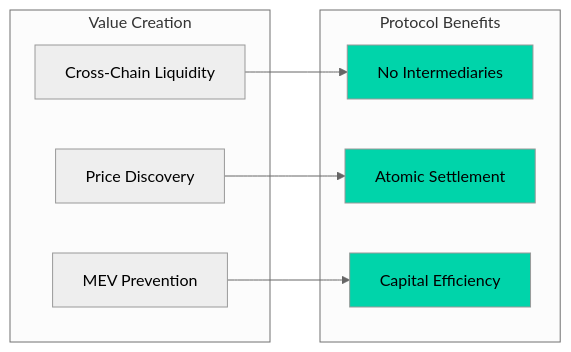
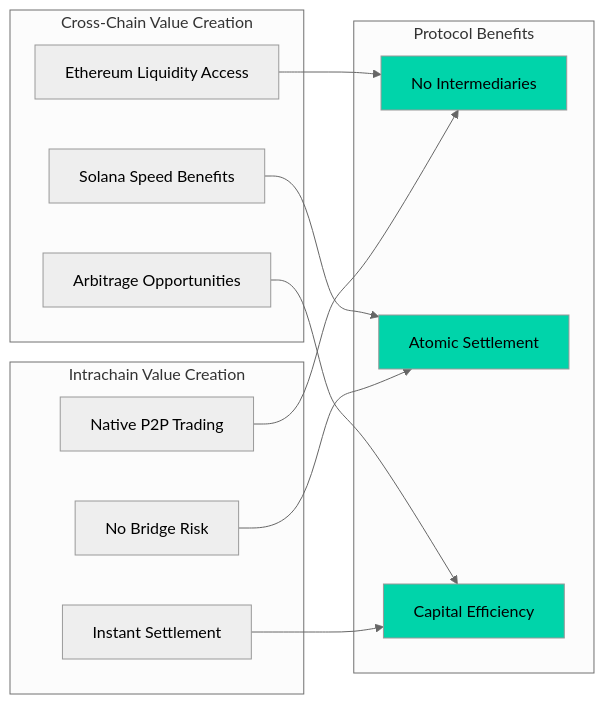
The seventh of 7 diagrams in ChaiDEX_PROTOCOL_DOCUMENTATION.md (Rahul-Prasad-07/cross-chain-p2p-exchange), drawn with Mermaid (neutral theme) before and after one commit. The commit also changed other lines of this file and 6 other files, not shown here.

````diff
--- a/ChaiDEX_PROTOCOL_DOCUMENTATION.md
+++ b/ChaiDEX_PROTOCOL_DOCUMENTATION.md
@@ -246,22 +396,31 @@
 ```mermaid
 graph LR
-    subgraph "Value Creation"
-        A[Cross-Chain Liquidity]
-        B[Price Discovery]
-        C[MEV Prevention]
+    subgraph "Cross-Chain Value Creation"
+        A[Ethereum Liquidity Access]
+        B[Solana Speed Benefits]
+        C[Arbitrage Opportunities]
+    end
+    
+    subgraph "Intrachain Value Creation"
+        D[Native P2P Trading]
+        E[No Bridge Risk]
+        F[Instant Settlement]
     end
     
     subgraph "Protocol Benefits"
-        D[No Intermediaries]
-        E[Atomic Settlement]
-        F[Capital Efficiency]
+        G[No Intermediaries]
+        H[Atomic Settlement]
+        I[Capital Efficiency]
     end
     
-    A --> D
-    B --> E
-    C --> F
+    A --> G
+    B --> H
+    C --> I
+    D --> G
+    E --> H
+    F --> I
     
-    style D fill:#00D4AA
-    style E fill:#00D4AA
-    style F fill:#00D4AA
+    style G fill:#00D4AA
+    style H fill:#00D4AA
+    style I fill:#00D4AA
 ```
````
